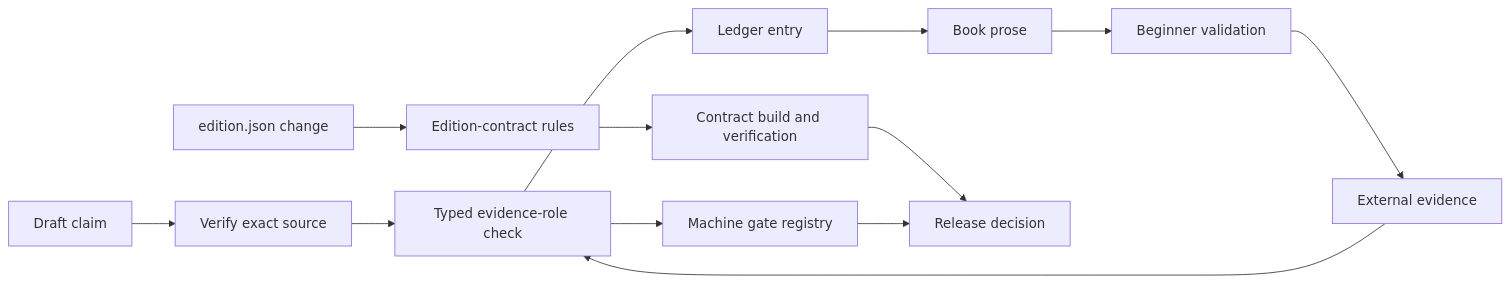
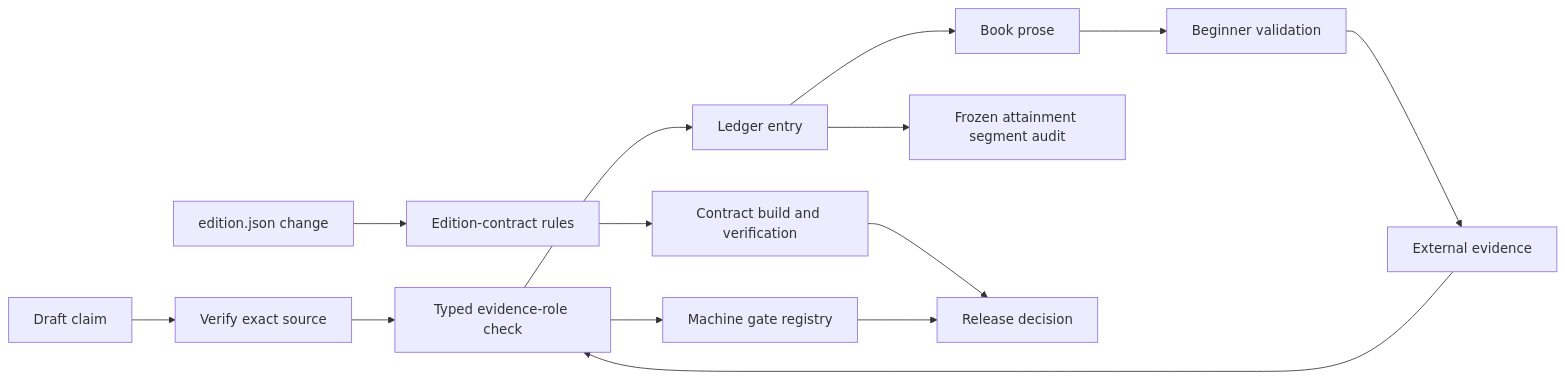
The first of 3 diagrams in book/references/AGENTS.md (streamentry/streamentry), drawn with Mermaid before and after one commit. The commit also changed other lines of this file and 11 other files, not shown here.

````diff
--- a/book/references/AGENTS.md
+++ b/book/references/AGENTS.md
@@ -40,12 +41,13 @@
 ```mermaid
 flowchart LR
   EC["edition.json change"] --> ER["Edition-contract rules"]
   ER --> BV["Contract build and verification"]
   C["Draft claim"] --> V["Verify exact source"] --> T["Assign tier"] --> L["Ledger entry"] --> B["Book prose"]
+  L --> A["Frozen attainment segment audit"]
   B --> U["Beginner validation"]
   U --> E["External evidence"]
   E --> T["Typed evidence-role check"]
   T --> G["Machine gate registry"]
   BV --> R
   G --> R["Release decision"]
 ```
````
